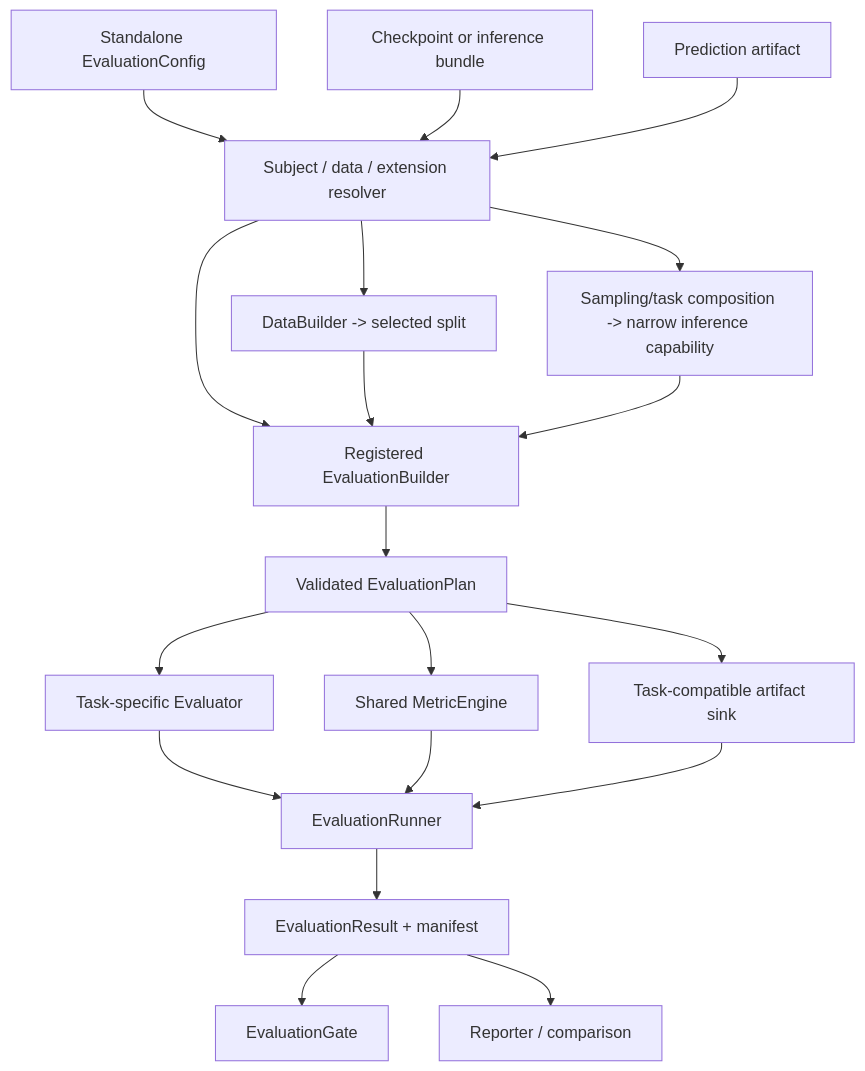
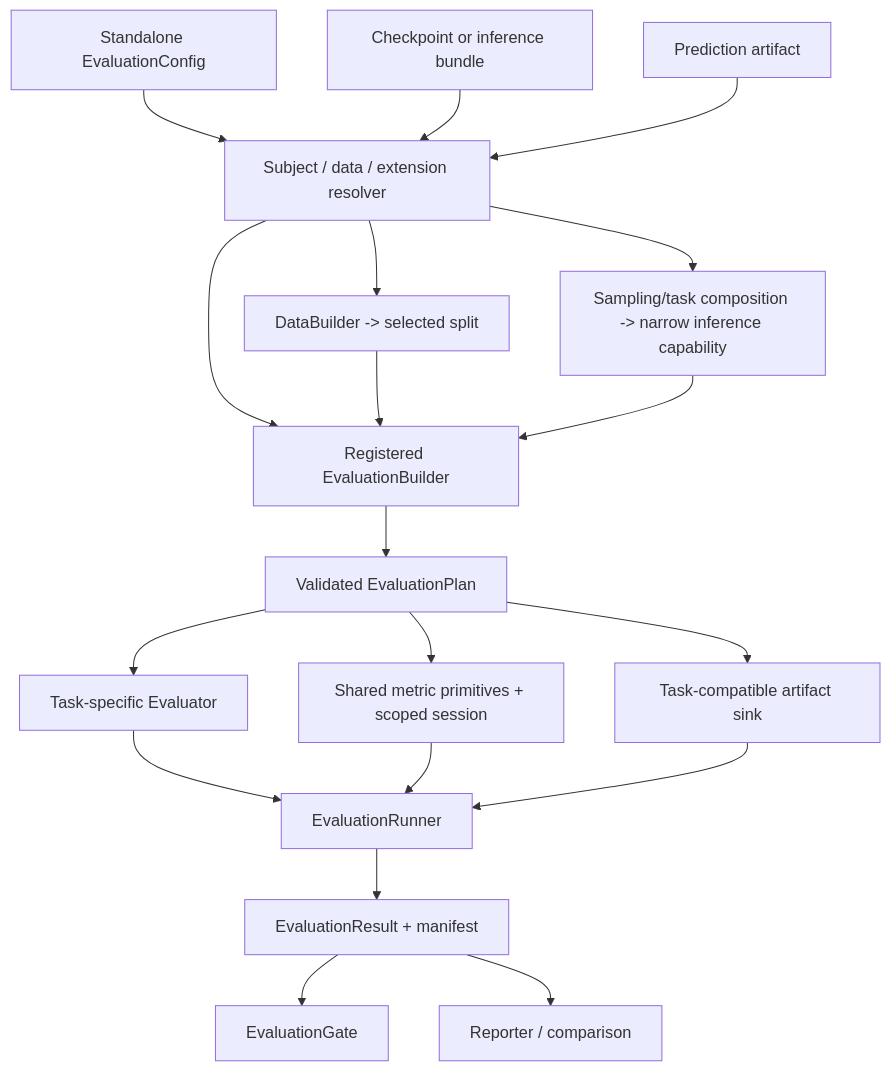
The diagram in docs/development/post-training-evaluation-support-plan.md (supermassiveasshole/stochaflow), drawn with Mermaid before and after one commit. The commit also changed other lines of this file and 21 other files, not shown here.

````diff
--- a/docs/development/post-training-evaluation-support-plan.md
+++ b/docs/development/post-training-evaluation-support-plan.md
@@ -435,37 +470,37 @@
 ```mermaid
 flowchart TD
     Config["Standalone EvaluationConfig"]
     Resolver["Subject / data / extension resolver"]
     Checkpoint["Checkpoint or inference bundle"]
     Predictions["Prediction artifact"]
     Data["DataBuilder -> selected split"]
     Inference["Sampling/task composition -> narrow inference capability"]
     Builder["Registered EvaluationBuilder"]
     Plan["Validated EvaluationPlan"]
     Evaluator["Task-specific Evaluator"]
-    Metrics["Shared MetricEngine"]
+    Metrics["Shared metric primitives + scoped session"]
     Sink["Task-compatible artifact sink"]
     Runner["EvaluationRunner"]
     Result["EvaluationResult + manifest"]
     Gate["EvaluationGate"]
     Reporter["Reporter / comparison"]
 
     Config --> Resolver
     Checkpoint --> Resolver
     Predictions --> Resolver
     Resolver --> Data
     Resolver --> Inference
     Resolver --> Builder
     Data --> Builder
     Inference --> Builder
     Builder --> Plan
     Plan --> Evaluator
     Plan --> Metrics
     Plan --> Sink
     Evaluator --> Runner
     Metrics --> Runner
     Sink --> Runner
     Runner --> Result
     Result --> Gate
     Result --> Reporter
 ```
````
